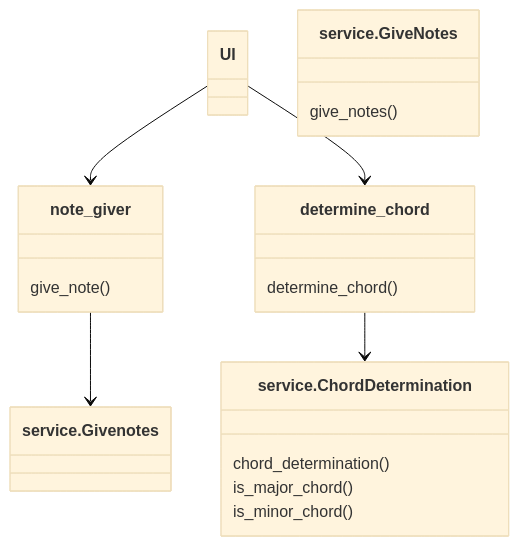
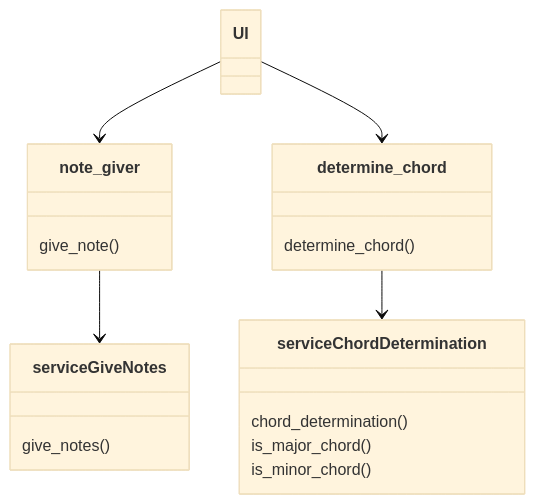
Before and after one commit to Aaltonenn/ot-harjoitustyo: the diagram in dokumentaatio/arkkitehtuuri.md, drawn with Mermaid (base theme).

````diff
--- a/dokumentaatio/arkkitehtuuri.md
+++ b/dokumentaatio/arkkitehtuuri.md
@@ -3,23 +3,23 @@
 ```mermaid
  classDiagram
       UI --> note_giver
       UI --> determine_chord
-      note_giver --> service.Givenotes
-      determine_chord --> service.ChordDetermination
+      note_giver --> serviceGiveNotes
+      determine_chord --> serviceChordDetermination
       
-      class service.ChordDetermination{
+      class serviceChordDetermination{
       chord_determination()
       is_major_chord()
       is_minor_chord()
       }
-      class service.GiveNotes{
+      class serviceGiveNotes{
       give_notes()
       }
       class note_giver{
       give_note()
       }
       class determine_chord{
       determine_chord()
       }
       
 ```
````
